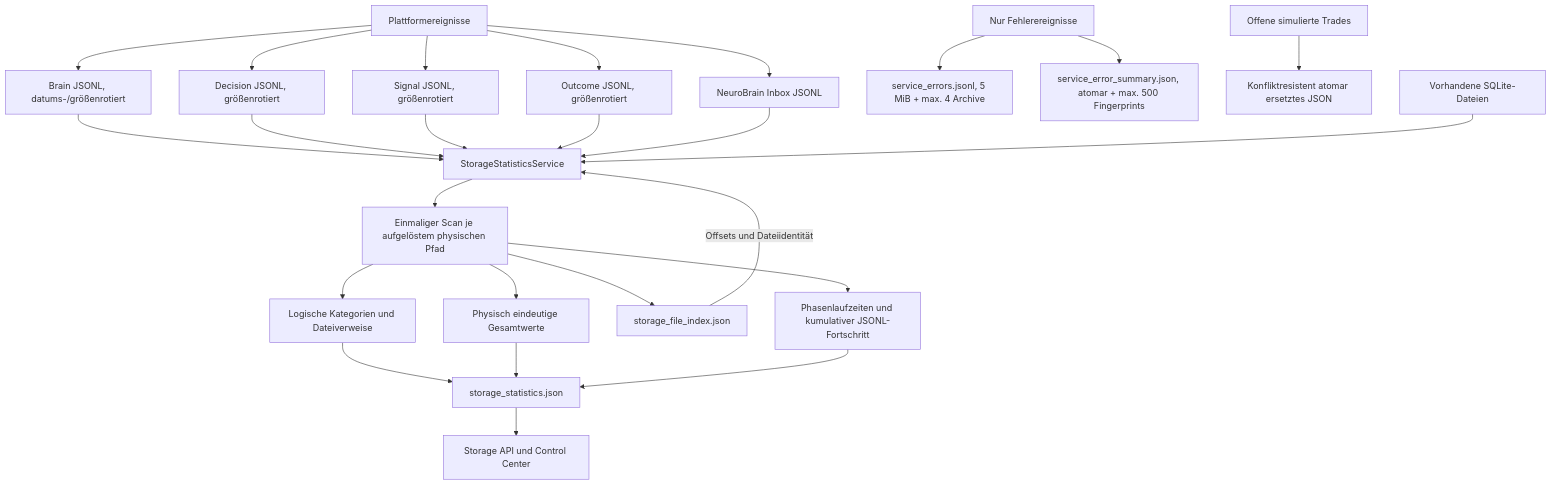
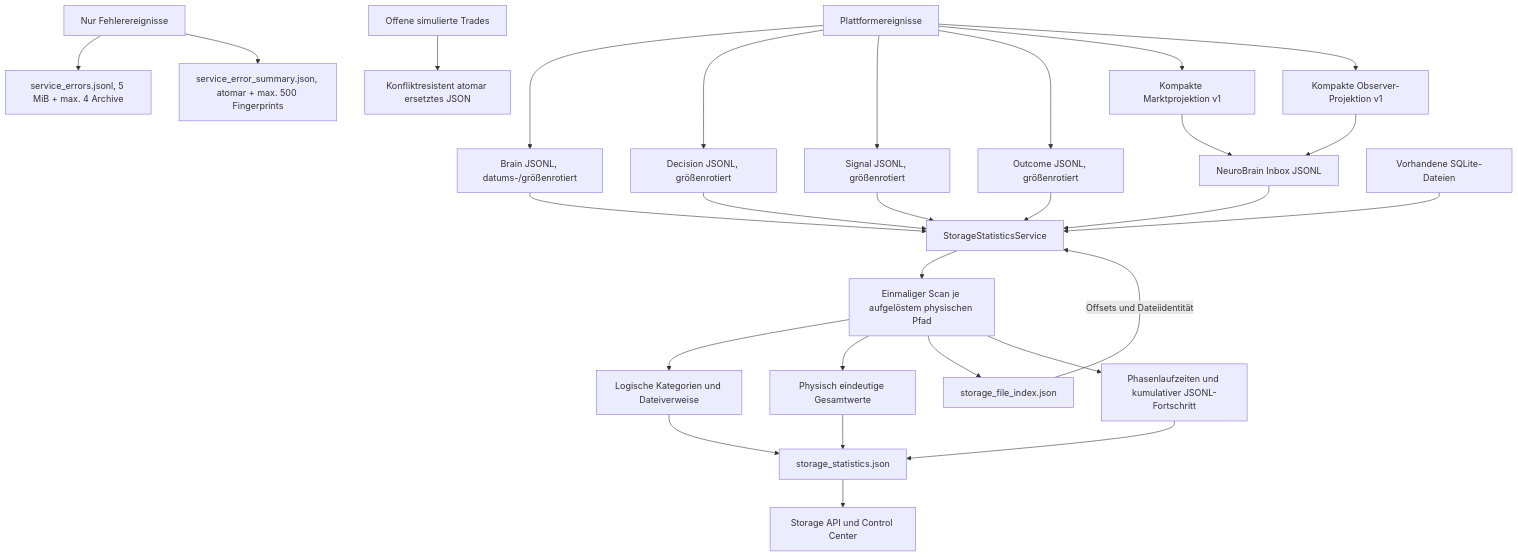
Before and after one commit to cRioshy/Pando: the third of 6 diagrams in docs/ARCHITECTURE.md, drawn with Mermaid. The commit also changed other lines of this file and 9 other files, not shown here.

Commit message:
Fix NeuroBrain observer event schema

````diff
--- a/docs/ARCHITECTURE.md
+++ b/docs/ARCHITECTURE.md
@@ -103,22 +103,25 @@
 ```mermaid
 flowchart TD
     EVENTS["Plattformereignisse"] --> BRAIN["Brain JSONL, datums-/größenrotiert"]
     EVENTS --> DEC["Decision JSONL, größenrotiert"]
     EVENTS --> SIG["Signal JSONL, größenrotiert"]
     EVENTS --> OUT["Outcome JSONL, größenrotiert"]
-    EVENTS --> NEURO["NeuroBrain Inbox JSONL"]
+    EVENTS --> MP["Kompakte Marktprojektion v1"]
+    EVENTS --> OP["Kompakte Observer-Projektion v1"]
+    MP --> NEURO["NeuroBrain Inbox JSONL"]
+    OP --> NEURO
     ERRORS["Nur Fehlerereignisse"] --> ERRLOG["service_errors.jsonl, 5 MiB + max. 4 Archive"]
     ERRORS --> ERRSUM["service_error_summary.json, atomar + max. 500 Fingerprints"]
     OPEN["Offene simulierte Trades"] --> JSON["Konfliktresistent atomar ersetztes JSON"]
     BRAIN & DEC & SIG & OUT & NEURO --> SCAN["StorageStatisticsService"]
     SQLITE["Vorhandene SQLite-Dateien"] --> SCAN
     SCAN --> UNIQUE["Einmaliger Scan je aufgelöstem physischen Pfad"]
     UNIQUE --> LOGICAL["Logische Kategorien und Dateiverweise"]
     UNIQUE --> PHYSICAL["Physisch eindeutige Gesamtwerte"]
     UNIQUE --> INDEX["storage_file_index.json"]
     UNIQUE --> METRICS["Phasenlaufzeiten und kumulativer JSONL-Fortschritt"]
     LOGICAL & PHYSICAL --> SNAP["storage_statistics.json"]
     METRICS --> SNAP
     INDEX -->|"Offsets und Dateiidentität"| SCAN
     SNAP --> API["Storage API und Control Center"]
 ```
````
